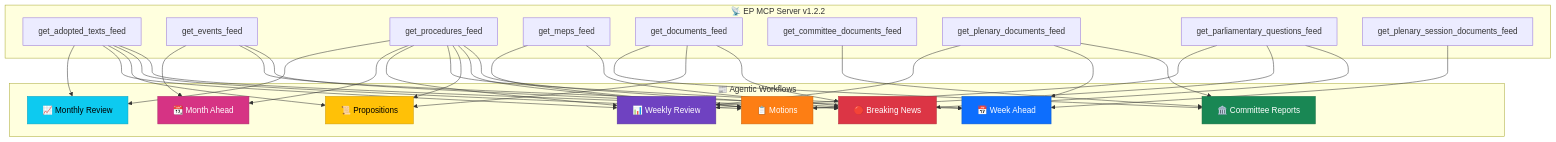
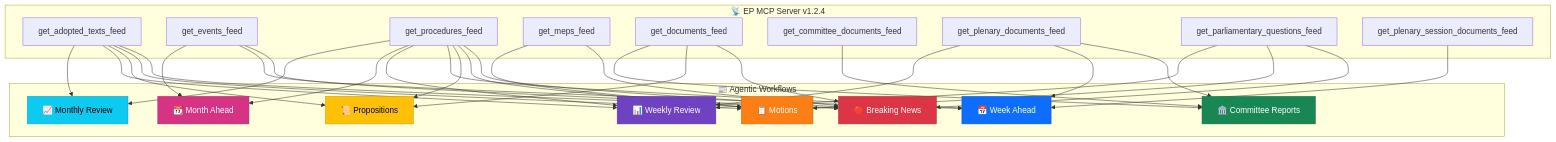
Before and after one commit to Hack23/euparliamentmonitor: the fifth of 7 diagrams in docs/api/media/README-3.md, drawn with Mermaid. The commit also changed 36 other files, not shown here.

First line of the commit message:
bump european-parliament-mcp-server to 1.2.4 across all configs, workflows, and docs

````diff
--- a/docs/api/media/README-3.md
+++ b/docs/api/media/README-3.md
@@ -497,44 +497,44 @@
 ```mermaid
 flowchart TD
-    subgraph "📡 EP MCP Server v1.2.2"
+    subgraph "📡 EP MCP Server v1.2.4"
         F1["get_adopted_texts_feed"]
         F2["get_events_feed"]
         F3["get_procedures_feed"]
         F4["get_meps_feed"]
         F5["get_documents_feed"]
         F6["get_committee_documents_feed"]
         F7["get_plenary_documents_feed"]
         F8["get_parliamentary_questions_feed"]
         F9["get_plenary_session_documents_feed"]
     end
 
     subgraph "📰 Agentic Workflows"
         W1["🔴 Breaking News"]
         W2["📋 Motions"]
         W3["📜 Propositions"]
         W4["🏛️ Committee Reports"]
         W5["📅 Week Ahead"]
         W6["📊 Weekly Review"]
         W7["📆 Month Ahead"]
         W8["📈 Monthly Review"]
     end
 
     F1 --> W1 & W2 & W3 & W6 & W8
     F2 --> W1 & W5 & W7
     F3 --> W1 & W2 & W3 & W5 & W6 & W7 & W8
     F4 --> W1 & W2
     F5 --> W1 & W3 & W4
     F6 --> W4
     F7 --> W4 & W5 & W6
     F8 --> W1 & W2 & W6
     F9 --> W5
 
     style W1 fill:#dc3545,stroke:#b02a37,color:#fff
     style W2 fill:#fd7e14,stroke:#ca6510,color:#fff
     style W3 fill:#ffc107,stroke:#cc9a06,color:#000
     style W4 fill:#198754,stroke:#146c43,color:#fff
     style W5 fill:#0d6efd,stroke:#0a58ca,color:#fff
     style W6 fill:#6f42c1,stroke:#59359a,color:#fff
     style W7 fill:#d63384,stroke:#ab296a,color:#fff
     style W8 fill:#0dcaf0,stroke:#0aa2c0,color:#000
 ```
````
